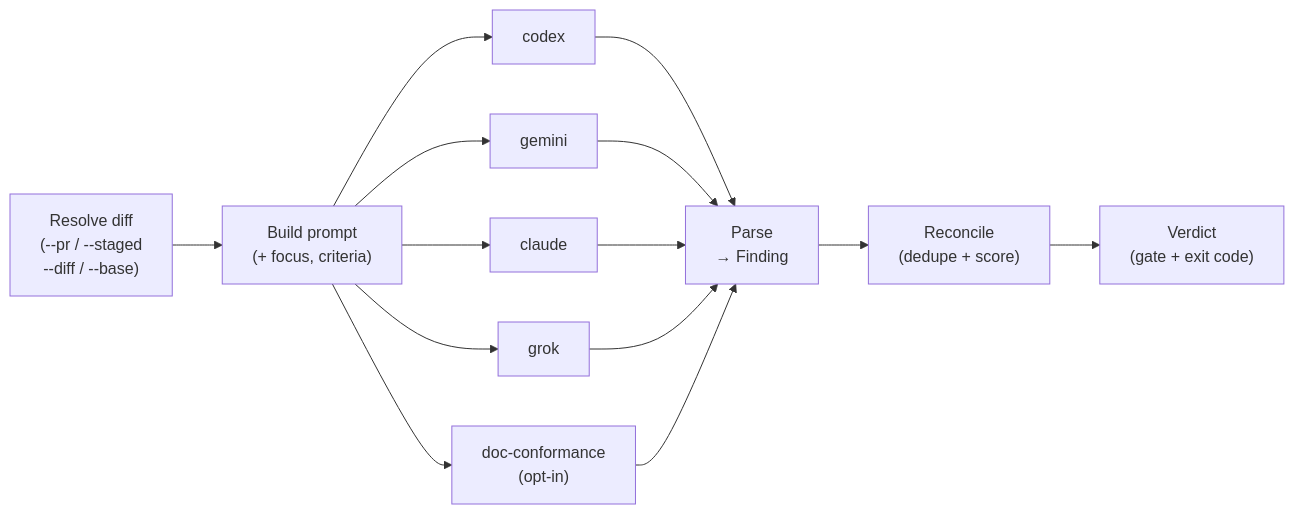
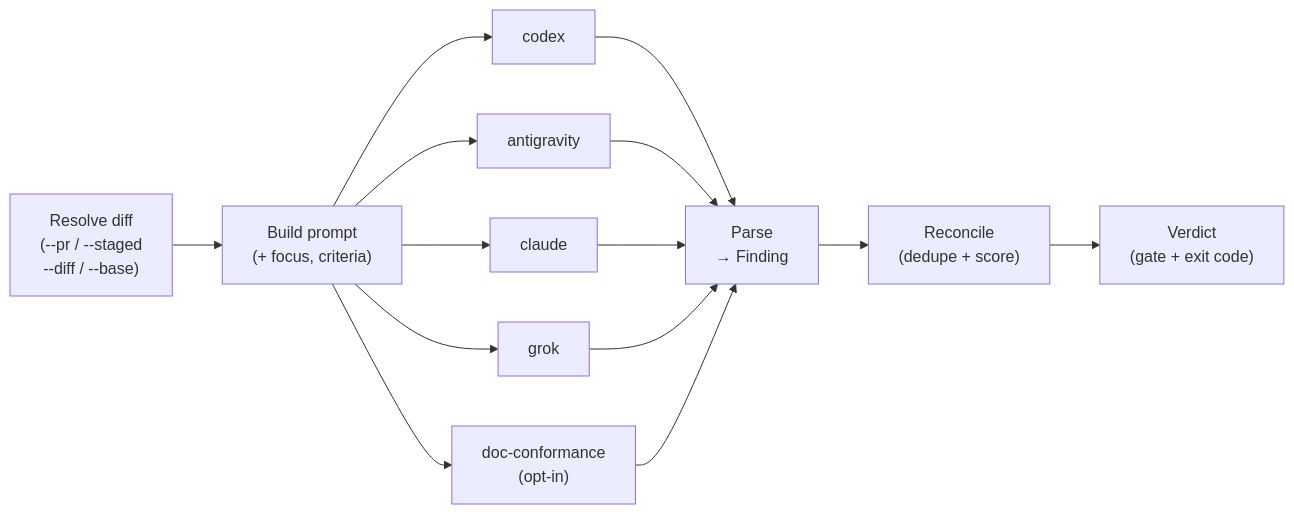
The diagram in content/guides/mmr/index.md (zigrivers/scaffold), drawn with Mermaid before and after one commit. The commit also changed other lines of this file and 81 other files, not shown here.

````diff
--- a/content/guides/mmr/index.md
+++ b/content/guides/mmr/index.md
@@ -40,23 +40,23 @@
 ```mermaid
 flowchart LR
   R["Resolve diff
 (--pr / --staged
 --diff / --base)"] --> B["Build prompt
 (+ focus, criteria)"]
   B --> C1["codex"]
-  B --> C2["gemini"]
+  B --> C2["antigravity"]
   B --> C3["claude"]
   B --> C4["grok"]
   B --> C5["doc-conformance
 (opt-in)"]
   C1 --> P["Parse
 → Finding"]
   C2 --> P
   C3 --> P
   C4 --> P
   C5 --> P
   P --> RC["Reconcile
 (dedupe + score)"]
   RC --> V["Verdict
 (gate + exit code)"]
 ```
````
